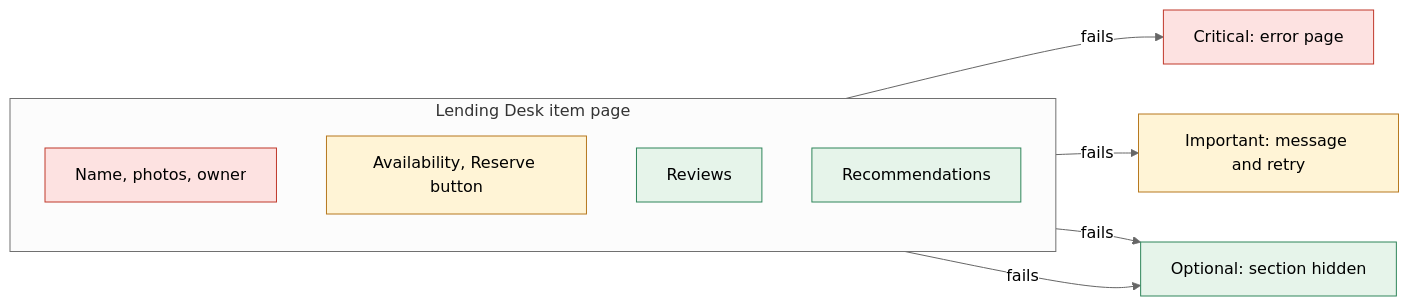
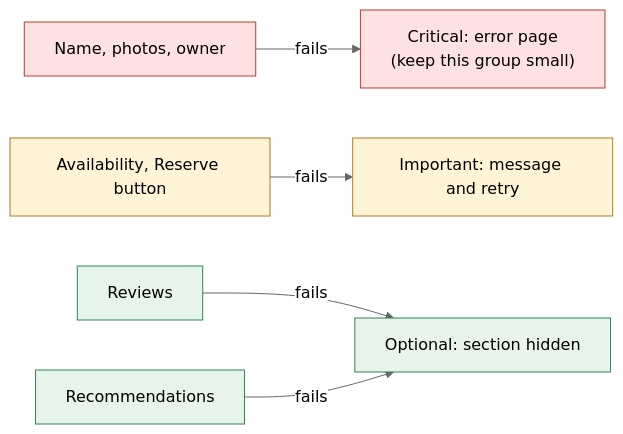
The second of 3 diagrams in topics/partial-failures/README.md (christiansany/cas-fee-26-frontend-challenges), drawn with Mermaid (neutral theme) before and after one commit. The commit also changed other lines of this file and 3 other files, not shown here.

````diff
--- a/topics/partial-failures/README.md
+++ b/topics/partial-failures/README.md
@@ -74,21 +85,14 @@
 ```mermaid
 flowchart LR
-  subgraph page["Lending Desk item page"]
-    direction TB
-    item["Name, photos, owner"]
-    avail["Availability, Reserve button"]
-    reviews["Reviews"]
-    recs["Recommendations"]
-  end
-  item -- "fails" --> c["Critical: error page"]
-  avail -- "fails" --> i["Important: message and retry"]
-  reviews -- "fails" --> o["Optional: section hidden"]
-  recs -- "fails" --> o
+  item["Name, photos, owner"] -- "fails" --> c["Critical: error page<br/>(keep this group small)"]
+  avail["Availability, Reserve button"] -- "fails" --> i["Important: message and retry"]
+  reviews["Reviews"] -- "fails" --> o["Optional: section hidden"]
+  recs["Recommendations"] -- "fails" --> o
 
   classDef critical fill:#fde2e1,stroke:#c0392b,color:#000
   classDef important fill:#fff4d6,stroke:#b7791f,color:#000
   classDef optional fill:#e6f4ea,stroke:#2f855a,color:#000
   class item,c critical
   class avail,i important
   class reviews,recs,o optional
 ```
````
